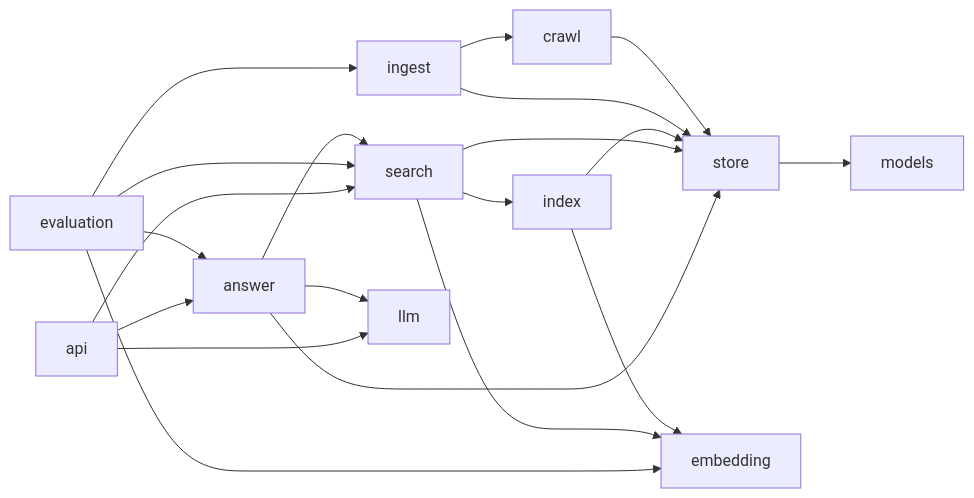
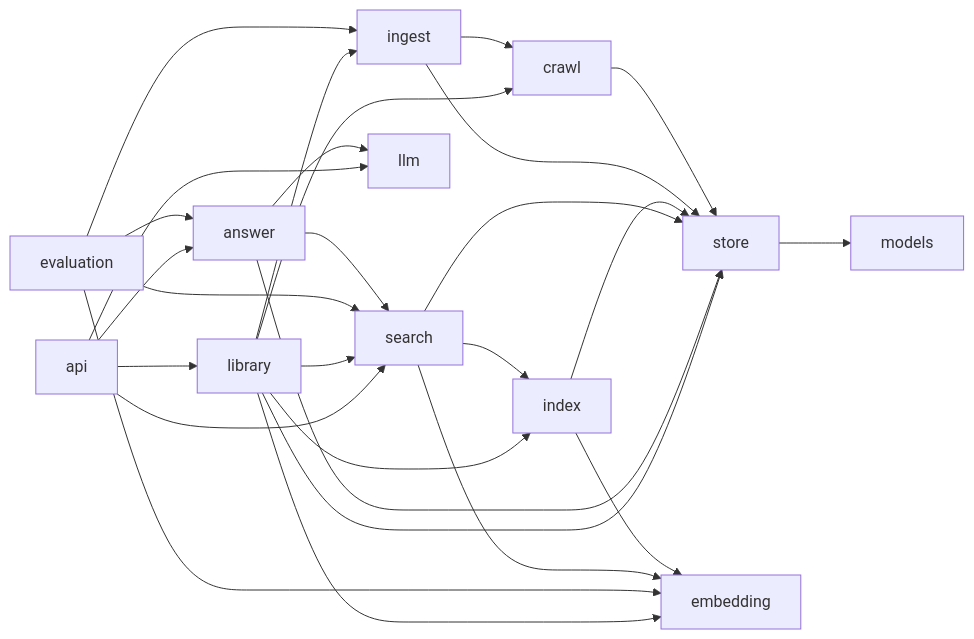
One commit to mmoris03/digsite changed the diagram in README.md. Above: the diagram before and after it, drawn with Mermaid. The commit also changed other lines of this file and 34 other files, not shown here.

````diff
--- a/README.md
+++ b/README.md
@@ -132,22 +137,29 @@
 ```mermaid
 flowchart LR
     crawl --> store
     ingest --> crawl
     ingest --> store
     index --> store
     index --> embedding
     search --> index
     search --> store
     search --> embedding
     answer --> search
     answer --> store
     answer --> llm
     evaluation --> answer
     evaluation --> search
     evaluation --> ingest
     evaluation --> embedding
+    library --> crawl
+    library --> ingest
+    library --> index
+    library --> search
+    library --> store
+    library --> embedding
+    api --> library
     api --> answer
     api --> search
     api --> llm
     store --> models
 ```
````
